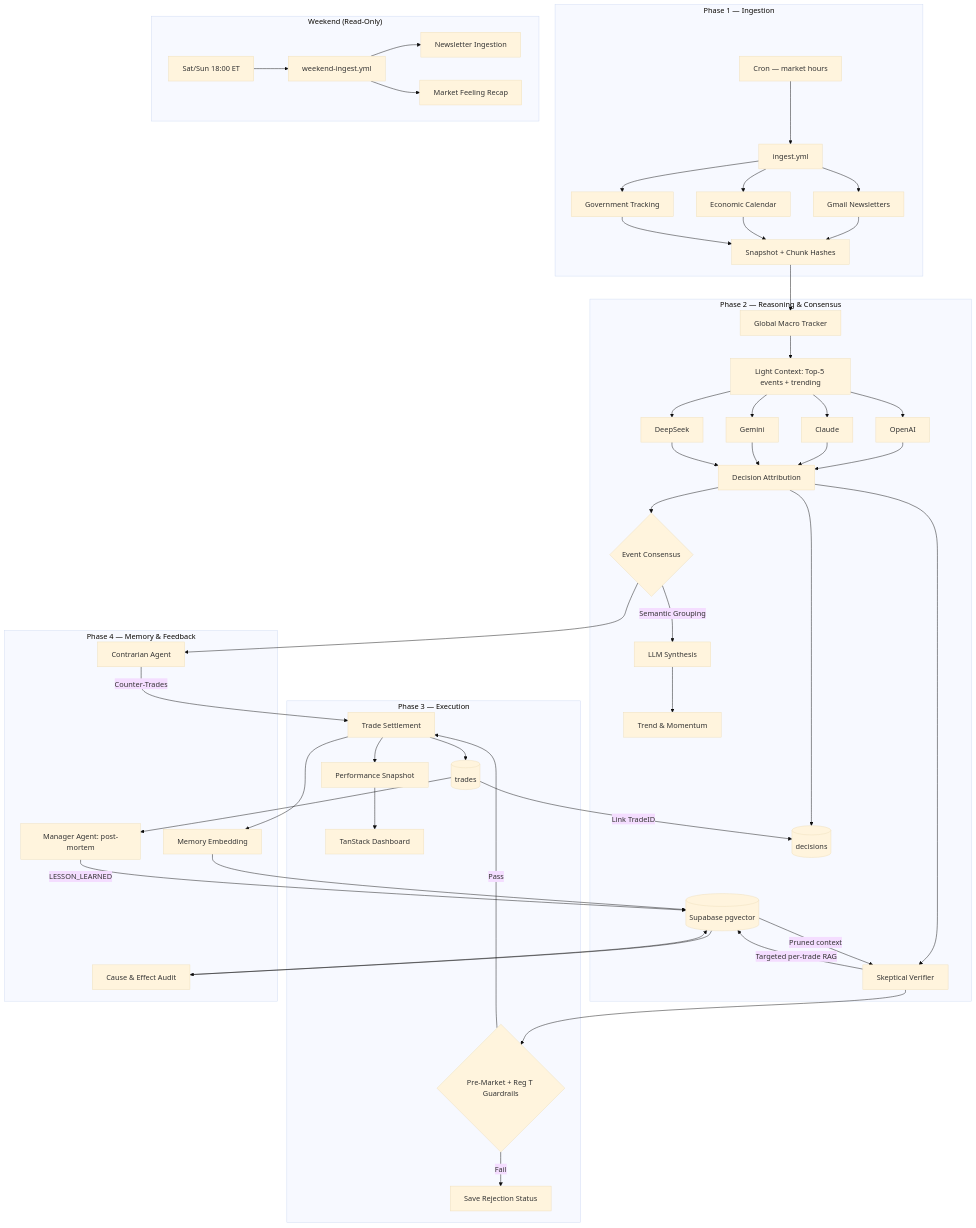
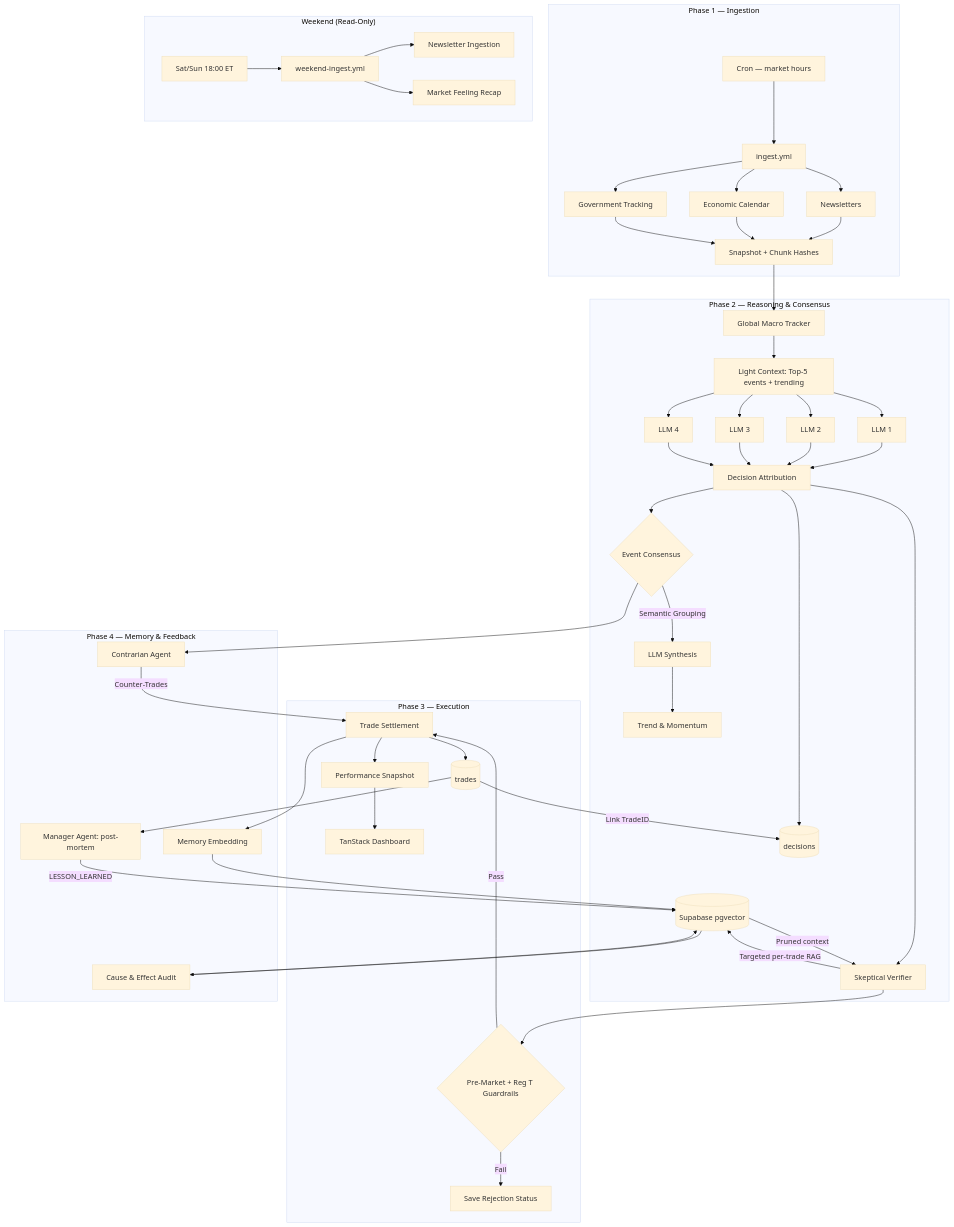
Before and after one commit to g-vega-cl/llm-market-bench: the diagram in docs/Overview.md, drawn with Mermaid (base theme). The commit also changed other lines of this file and 15 other files, not shown here.

Commit message:
chore: move roadmap to ROADMAP.md and refresh docs wording

````diff
--- a/docs/Overview.md
+++ b/docs/Overview.md
@@ -25,51 +25,51 @@
 ```mermaid
 graph TD
     subgraph "Phase 1 — Ingestion"
         CRON[Cron — market hours] --> INGEST[ingest.yml]
-        INGEST --> A[Gmail Newsletters]
+        INGEST --> A[Newsletters]
         INGEST --> CAL[Economic Calendar]
         INGEST --> GOV[Government Tracking]
         A & CAL & GOV --> SNAP[Snapshot + Chunk Hashes]
     end
 
     subgraph "Phase 2 — Reasoning & Consensus"
         SNAP --> GMT[Global Macro Tracker]
         GMT --> LITE[Light Context: Top-5 events + trending]
-        LITE --> D1[OpenAI] & D2[Claude] & D3[Gemini] & D4[DeepSeek]
+        LITE --> D1[LLM 1] & D2[LLM 2] & D3[LLM 3] & D4[LLM 4]
         D1 & D2 & D3 & D4 --> ATTR[Decision Attribution]
         ATTR --> DB[(decisions)]
         ATTR --> CP{Event Consensus}
         CP -->|Semantic Grouping| SYN[LLM Synthesis]
         SYN --> TM[Trend & Momentum]
         ATTR --> VER[Skeptical Verifier]
         VER -->|Targeted per-trade RAG| V[(Supabase pgvector)]
         V -->|Pruned context| VER
     end
 
     subgraph "Phase 3 — Execution"
         VER --> EG{Pre-Market + Reg T Guardrails}
         EG -->|Pass| EXEC[Trade Settlement]
         EG -->|Fail| REJ[Save Rejection Status]
         EXEC --> TR[(trades)]
         TR -->|Link TradeID| DB
         EXEC --> LS[Performance Snapshot]
         LS --> DASH[TanStack Dashboard]
     end
 
     subgraph "Phase 4 — Memory & Feedback"
         EXEC --> ME[Memory Embedding]
         ME --> V
         TR --> PM[Manager Agent: post-mortem]
         PM -->|LESSON_LEARNED| V
         CP --> CA[Contrarian Agent]
         CA -->|Counter-Trades| EXEC
         V --> CE[Cause & Effect Audit]
         CE --> V
     end
 
     subgraph "Weekend (Read-Only)"
         WCRON[Sat/Sun 18:00 ET] --> WK[weekend-ingest.yml]
         WK --> WKNEWS[Newsletter Ingestion]
         WK --> WKMF[Market Feeling Recap]
     end
 ```
````
